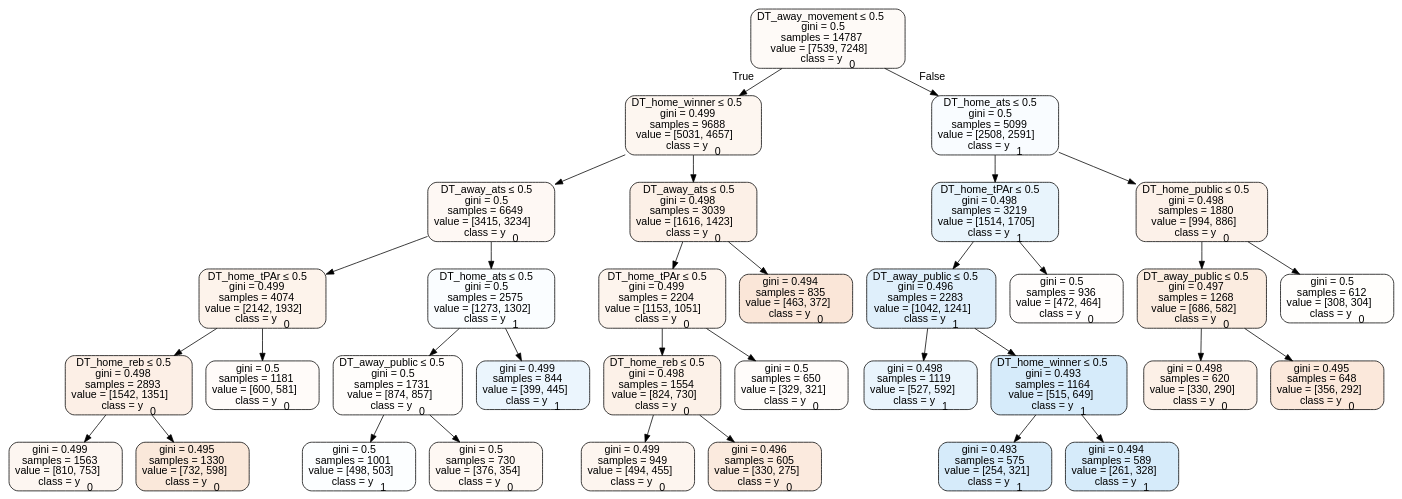
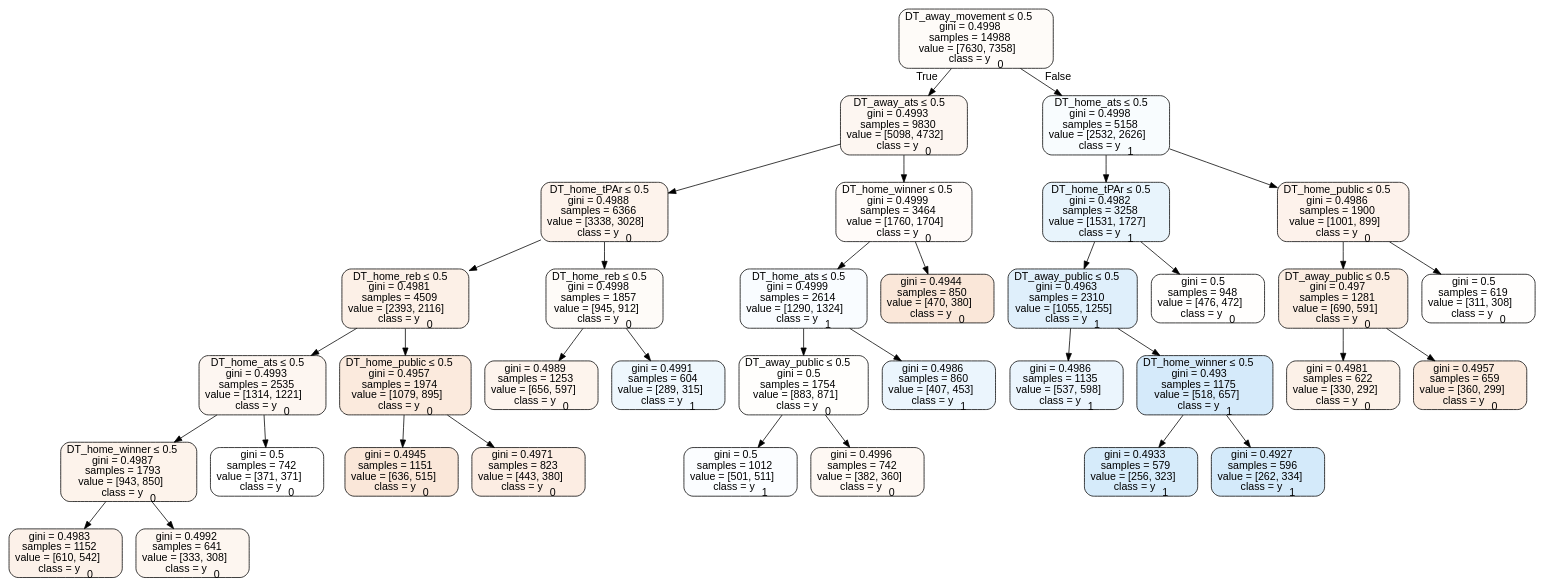
Before and after one commit to usbogie/ncaa-bets: the diagram in Basketball/data/trees/tree2016home.dot, drawn with Graphviz. The commit also changed 41 other files, not shown here.

```diff
--- a/Basketball/data/trees/tree2016home.dot
+++ b/Basketball/data/trees/tree2016home.dot
@@ -1,69 +1,73 @@
 digraph Tree {
 node [shape=box, style="filled, rounded", color="black", fontname=helvetica] ;
 edge [fontname=helvetica] ;
-0 [label=<DT_away_movement &le; 0.5<br/>gini = 0.5<br/>samples = 14787<br/>value = [7539, 7248]<br/>class = y<SUB>0</SUB>>, fillcolor="#e581390a"] ;
-1 [label=<DT_home_winner &le; 0.5<br/>gini = 0.499<br/>samples = 9688<br/>value = [5031, 4657]<br/>class = y<SUB>0</SUB>>, fillcolor="#e5813913"] ;
+0 [label=<DT_away_movement &le; 0.5<br/>gini = 0.4998<br/>samples = 14988<br/>value = [7630, 7358]<br/>class = y<SUB>0</SUB>>, fillcolor="#e5813909"] ;
+1 [label=<DT_away_ats &le; 0.5<br/>gini = 0.4993<br/>samples = 9830<br/>value = [5098, 4732]<br/>class = y<SUB>0</SUB>>, fillcolor="#e5813912"] ;
 0 -> 1 [labeldistance=2.5, labelangle=45, headlabel="True"] ;
-2 [label=<DT_away_ats &le; 0.5<br/>gini = 0.5<br/>samples = 6649<br/>value = [3415, 3234]<br/>class = y<SUB>0</SUB>>, fillcolor="#e581390e"] ;
+2 [label=<DT_home_tPAr &le; 0.5<br/>gini = 0.4988<br/>samples = 6366<br/>value = [3338, 3028]<br/>class = y<SUB>0</SUB>>, fillcolor="#e5813918"] ;
 1 -> 2 ;
-3 [label=<DT_home_tPAr &le; 0.5<br/>gini = 0.499<br/>samples = 4074<br/>value = [2142, 1932]<br/>class = y<SUB>0</SUB>>, fillcolor="#e5813919"] ;
+3 [label=<DT_home_reb &le; 0.5<br/>gini = 0.4981<br/>samples = 4509<br/>value = [2393, 2116]<br/>class = y<SUB>0</SUB>>, fillcolor="#e581391e"] ;
 2 -> 3 ;
-4 [label=<DT_home_reb &le; 0.5<br/>gini = 0.498<br/>samples = 2893<br/>value = [1542, 1351]<br/>class = y<SUB>0</SUB>>, fillcolor="#e5813920"] ;
+4 [label=<DT_home_ats &le; 0.5<br/>gini = 0.4993<br/>samples = 2535<br/>value = [1314, 1221]<br/>class = y<SUB>0</SUB>>, fillcolor="#e5813912"] ;
 3 -> 4 ;
-5 [label=<gini = 0.499<br/>samples = 1563<br/>value = [810, 753]<br/>class = y<SUB>0</SUB>>, fillcolor="#e5813912"] ;
+5 [label=<DT_home_winner &le; 0.5<br/>gini = 0.4987<br/>samples = 1793<br/>value = [943, 850]<br/>class = y<SUB>0</SUB>>, fillcolor="#e5813919"] ;
 4 -> 5 ;
-6 [label=<gini = 0.495<br/>samples = 1330<br/>value = [732, 598]<br/>class = y<SUB>0</SUB>>, fillcolor="#e581392f"] ;
-4 -> 6 ;
-7 [label=<gini = 0.5<br/>samples = 1181<br/>value = [600, 581]<br/>class = y<SUB>0</SUB>>, fillcolor="#e5813908"] ;
-3 -> 7 ;
-8 [label=<DT_home_ats &le; 0.5<br/>gini = 0.5<br/>samples = 2575<br/>value = [1273, 1302]<br/>class = y<SUB>1</SUB>>, fillcolor="#399de506"] ;
-2 -> 8 ;
-9 [label=<DT_away_public &le; 0.5<br/>gini = 0.5<br/>samples = 1731<br/>value = [874, 857]<br/>class = y<SUB>0</SUB>>, fillcolor="#e5813905"] ;
-8 -> 9 ;
-10 [label=<gini = 0.5<br/>samples = 1001<br/>value = [498, 503]<br/>class = y<SUB>1</SUB>>, fillcolor="#399de503"] ;
+6 [label=<gini = 0.4983<br/>samples = 1152<br/>value = [610, 542]<br/>class = y<SUB>0</SUB>>, fillcolor="#e581391c"] ;
+5 -> 6 ;
+7 [label=<gini = 0.4992<br/>samples = 641<br/>value = [333, 308]<br/>class = y<SUB>0</SUB>>, fillcolor="#e5813913"] ;
+5 -> 7 ;
+8 [label=<gini = 0.5<br/>samples = 742<br/>value = [371, 371]<br/>class = y<SUB>0</SUB>>, fillcolor="#e5813900"] ;
+4 -> 8 ;
+9 [label=<DT_home_public &le; 0.5<br/>gini = 0.4957<br/>samples = 1974<br/>value = [1079, 895]<br/>class = y<SUB>0</SUB>>, fillcolor="#e581392b"] ;
+3 -> 9 ;
+10 [label=<gini = 0.4945<br/>samples = 1151<br/>value = [636, 515]<br/>class = y<SUB>0</SUB>>, fillcolor="#e5813931"] ;
 9 -> 10 ;
-11 [label=<gini = 0.5<br/>samples = 730<br/>value = [376, 354]<br/>class = y<SUB>0</SUB>>, fillcolor="#e581390f"] ;
+11 [label=<gini = 0.4971<br/>samples = 823<br/>value = [443, 380]<br/>class = y<SUB>0</SUB>>, fillcolor="#e5813924"] ;
 9 -> 11 ;
-12 [label=<gini = 0.499<br/>samples = 844<br/>value = [399, 445]<br/>class = y<SUB>1</SUB>>, fillcolor="#399de51a"] ;
-8 -> 12 ;
-13 [label=<DT_away_ats &le; 0.5<br/>gini = 0.498<br/>samples = 3039<br/>value = [1616, 1423]<br/>class = y<SUB>0</SUB>>, fillcolor="#e581391e"] ;
-1 -> 13 ;
-14 [label=<DT_home_tPAr &le; 0.5<br/>gini = 0.499<br/>samples = 2204<br/>value = [1153, 1051]<br/>class = y<SUB>0</SUB>>, fillcolor="#e5813917"] ;
-13 -> 14 ;
-15 [label=<DT_home_reb &le; 0.5<br/>gini = 0.498<br/>samples = 1554<br/>value = [824, 730]<br/>class = y<SUB>0</SUB>>, fillcolor="#e581391d"] ;
-14 -> 15 ;
-16 [label=<gini = 0.499<br/>samples = 949<br/>value = [494, 455]<br/>class = y<SUB>0</SUB>>, fillcolor="#e5813914"] ;
+12 [label=<DT_home_reb &le; 0.5<br/>gini = 0.4998<br/>samples = 1857<br/>value = [945, 912]<br/>class = y<SUB>0</SUB>>, fillcolor="#e5813909"] ;
+2 -> 12 ;
+13 [label=<gini = 0.4989<br/>samples = 1253<br/>value = [656, 597]<br/>class = y<SUB>0</SUB>>, fillcolor="#e5813917"] ;
+12 -> 13 ;
+14 [label=<gini = 0.4991<br/>samples = 604<br/>value = [289, 315]<br/>class = y<SUB>1</SUB>>, fillcolor="#399de515"] ;
+12 -> 14 ;
+15 [label=<DT_home_winner &le; 0.5<br/>gini = 0.4999<br/>samples = 3464<br/>value = [1760, 1704]<br/>class = y<SUB>0</SUB>>, fillcolor="#e5813908"] ;
+1 -> 15 ;
+16 [label=<DT_home_ats &le; 0.5<br/>gini = 0.4999<br/>samples = 2614<br/>value = [1290, 1324]<br/>class = y<SUB>1</SUB>>, fillcolor="#399de507"] ;
 15 -> 16 ;
-17 [label=<gini = 0.496<br/>samples = 605<br/>value = [330, 275]<br/>class = y<SUB>0</SUB>>, fillcolor="#e581392a"] ;
-15 -> 17 ;
-18 [label=<gini = 0.5<br/>samples = 650<br/>value = [329, 321]<br/>class = y<SUB>0</SUB>>, fillcolor="#e5813906"] ;
-14 -> 18 ;
-19 [label=<gini = 0.494<br/>samples = 835<br/>value = [463, 372]<br/>class = y<SUB>0</SUB>>, fillcolor="#e5813932"] ;
-13 -> 19 ;
-20 [label=<DT_home_ats &le; 0.5<br/>gini = 0.5<br/>samples = 5099<br/>value = [2508, 2591]<br/>class = y<SUB>1</SUB>>, fillcolor="#399de508"] ;
-0 -> 20 [labeldistance=2.5, labelangle=-45, headlabel="False"] ;
-21 [label=<DT_home_tPAr &le; 0.5<br/>gini = 0.498<br/>samples = 3219<br/>value = [1514, 1705]<br/>class = y<SUB>1</SUB>>, fillcolor="#399de51d"] ;
-20 -> 21 ;
-22 [label=<DT_away_public &le; 0.5<br/>gini = 0.496<br/>samples = 2283<br/>value = [1042, 1241]<br/>class = y<SUB>1</SUB>>, fillcolor="#399de529"] ;
-21 -> 22 ;
-23 [label=<gini = 0.498<br/>samples = 1119<br/>value = [527, 592]<br/>class = y<SUB>1</SUB>>, fillcolor="#399de51c"] ;
+17 [label=<DT_away_public &le; 0.5<br/>gini = 0.5<br/>samples = 1754<br/>value = [883, 871]<br/>class = y<SUB>0</SUB>>, fillcolor="#e5813903"] ;
+16 -> 17 ;
+18 [label=<gini = 0.5<br/>samples = 1012<br/>value = [501, 511]<br/>class = y<SUB>1</SUB>>, fillcolor="#399de505"] ;
+17 -> 18 ;
+19 [label=<gini = 0.4996<br/>samples = 742<br/>value = [382, 360]<br/>class = y<SUB>0</SUB>>, fillcolor="#e581390f"] ;
+17 -> 19 ;
+20 [label=<gini = 0.4986<br/>samples = 860<br/>value = [407, 453]<br/>class = y<SUB>1</SUB>>, fillcolor="#399de51a"] ;
+16 -> 20 ;
+21 [label=<gini = 0.4944<br/>samples = 850<br/>value = [470, 380]<br/>class = y<SUB>0</SUB>>, fillcolor="#e5813931"] ;
+15 -> 21 ;
+22 [label=<DT_home_ats &le; 0.5<br/>gini = 0.4998<br/>samples = 5158<br/>value = [2532, 2626]<br/>class = y<SUB>1</SUB>>, fillcolor="#399de509"] ;
+0 -> 22 [labeldistance=2.5, labelangle=-45, headlabel="False"] ;
+23 [label=<DT_home_tPAr &le; 0.5<br/>gini = 0.4982<br/>samples = 3258<br/>value = [1531, 1727]<br/>class = y<SUB>1</SUB>>, fillcolor="#399de51d"] ;
 22 -> 23 ;
-24 [label=<DT_home_winner &le; 0.5<br/>gini = 0.493<br/>samples = 1164<br/>value = [515, 649]<br/>class = y<SUB>1</SUB>>, fillcolor="#399de535"] ;
-22 -> 24 ;
-25 [label=<gini = 0.493<br/>samples = 575<br/>value = [254, 321]<br/>class = y<SUB>1</SUB>>, fillcolor="#399de535"] ;
+24 [label=<DT_away_public &le; 0.5<br/>gini = 0.4963<br/>samples = 2310<br/>value = [1055, 1255]<br/>class = y<SUB>1</SUB>>, fillcolor="#399de529"] ;
+23 -> 24 ;
+25 [label=<gini = 0.4986<br/>samples = 1135<br/>value = [537, 598]<br/>class = y<SUB>1</SUB>>, fillcolor="#399de51a"] ;
 24 -> 25 ;
-26 [label=<gini = 0.494<br/>samples = 589<br/>value = [261, 328]<br/>class = y<SUB>1</SUB>>, fillcolor="#399de534"] ;
+26 [label=<DT_home_winner &le; 0.5<br/>gini = 0.493<br/>samples = 1175<br/>value = [518, 657]<br/>class = y<SUB>1</SUB>>, fillcolor="#399de536"] ;
 24 -> 26 ;
-27 [label=<gini = 0.5<br/>samples = 936<br/>value = [472, 464]<br/>class = y<SUB>0</SUB>>, fillcolor="#e5813904"] ;
-21 -> 27 ;
-28 [label=<DT_home_public &le; 0.5<br/>gini = 0.498<br/>samples = 1880<br/>value = [994, 886]<br/>class = y<SUB>0</SUB>>, fillcolor="#e581391c"] ;
-20 -> 28 ;
-29 [label=<DT_away_public &le; 0.5<br/>gini = 0.497<br/>samples = 1268<br/>value = [686, 582]<br/>class = y<SUB>0</SUB>>, fillcolor="#e5813927"] ;
-28 -> 29 ;
-30 [label=<gini = 0.498<br/>samples = 620<br/>value = [330, 290]<br/>class = y<SUB>0</SUB>>, fillcolor="#e581391f"] ;
-29 -> 30 ;
-31 [label=<gini = 0.495<br/>samples = 648<br/>value = [356, 292]<br/>class = y<SUB>0</SUB>>, fillcolor="#e581392e"] ;
-29 -> 31 ;
-32 [label=<gini = 0.5<br/>samples = 612<br/>value = [308, 304]<br/>class = y<SUB>0</SUB>>, fillcolor="#e5813903"] ;
-28 -> 32 ;
+27 [label=<gini = 0.4933<br/>samples = 579<br/>value = [256, 323]<br/>class = y<SUB>1</SUB>>, fillcolor="#399de535"] ;
+26 -> 27 ;
+28 [label=<gini = 0.4927<br/>samples = 596<br/>value = [262, 334]<br/>class = y<SUB>1</SUB>>, fillcolor="#399de537"] ;
+26 -> 28 ;
+29 [label=<gini = 0.5<br/>samples = 948<br/>value = [476, 472]<br/>class = y<SUB>0</SUB>>, fillcolor="#e5813902"] ;
+23 -> 29 ;
+30 [label=<DT_home_public &le; 0.5<br/>gini = 0.4986<br/>samples = 1900<br/>value = [1001, 899]<br/>class = y<SUB>0</SUB>>, fillcolor="#e581391a"] ;
+22 -> 30 ;
+31 [label=<DT_away_public &le; 0.5<br/>gini = 0.497<br/>samples = 1281<br/>value = [690, 591]<br/>class = y<SUB>0</SUB>>, fillcolor="#e5813925"] ;
+30 -> 31 ;
+32 [label=<gini = 0.4981<br/>samples = 622<br/>value = [330, 292]<br/>class = y<SUB>0</SUB>>, fillcolor="#e581391d"] ;
+31 -> 32 ;
+33 [label=<gini = 0.4957<br/>samples = 659<br/>value = [360, 299]<br/>class = y<SUB>0</SUB>>, fillcolor="#e581392b"] ;
+31 -> 33 ;
+34 [label=<gini = 0.5<br/>samples = 619<br/>value = [311, 308]<br/>class = y<SUB>0</SUB>>, fillcolor="#e5813902"] ;
+30 -> 34 ;
 }
```
